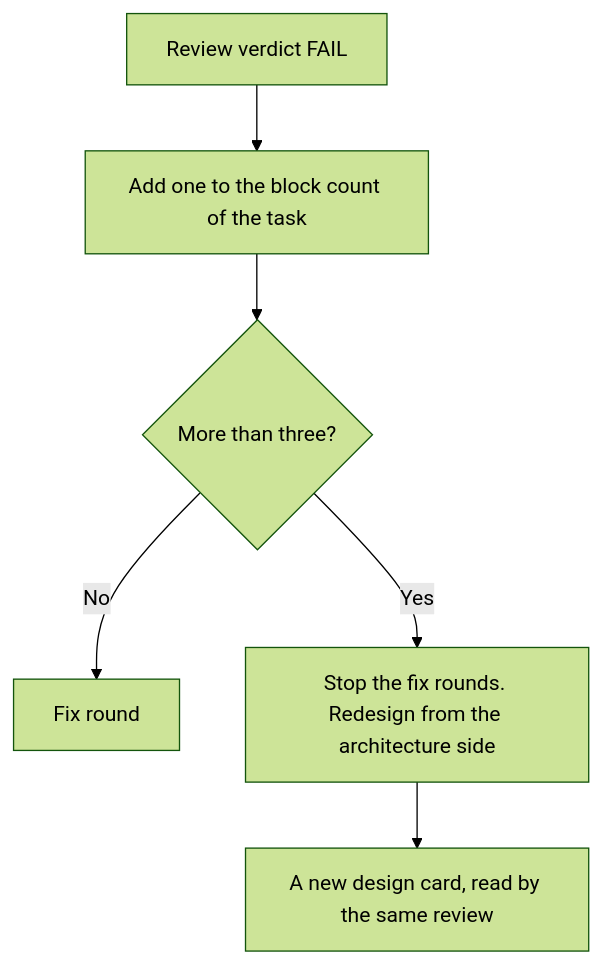
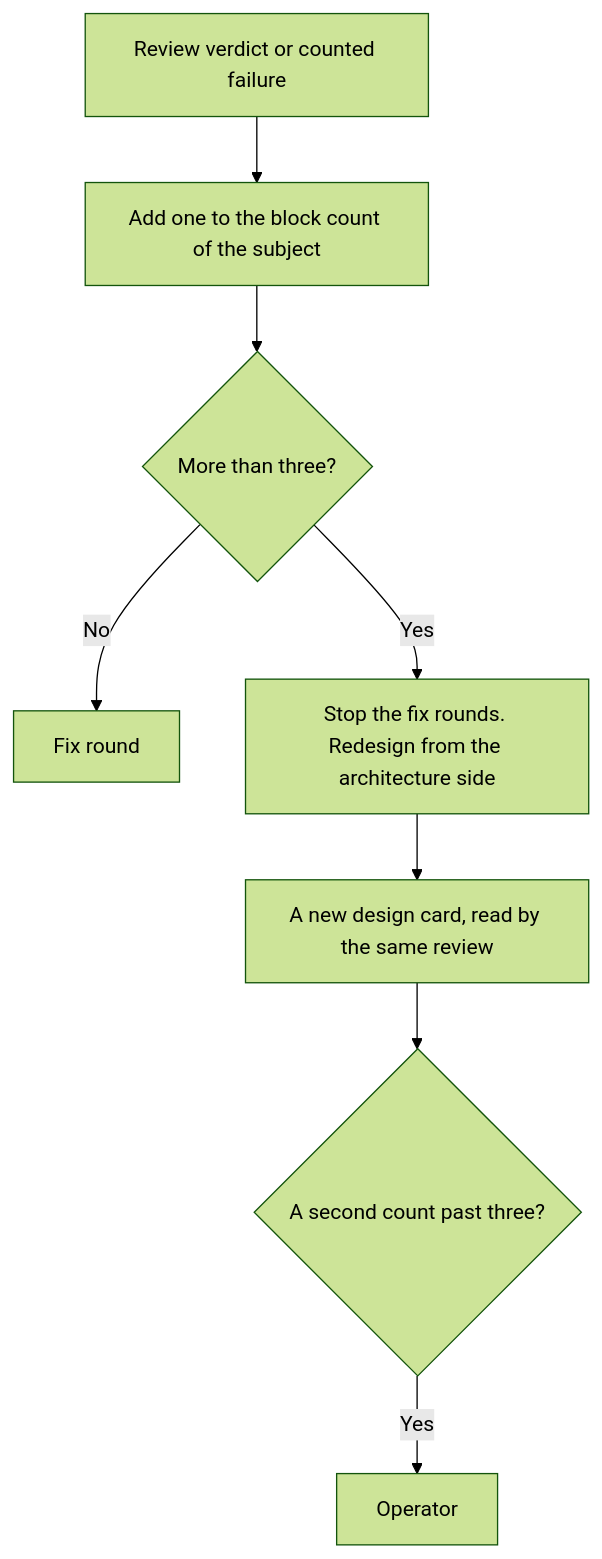
Before and after one commit to mickeyyaya/evolve-loop: the diagram in docs/architecture/signal-accuracy.md, drawn with Mermaid (forest theme). The commit also changed other lines of this file and 6 other files, not shown here.

````diff
--- a/docs/architecture/signal-accuracy.md
+++ b/docs/architecture/signal-accuracy.md
@@ -212,8 +212,10 @@
 ```mermaid
 flowchart TD
-    A[Review verdict FAIL] --> B[Add one to the block count of the task]
+    A[Review verdict or counted failure] --> B[Add one to the block count of the subject]
     B --> C{More than three?}
     C -->|No| D[Fix round]
     C -->|Yes| E[Stop the fix rounds. Redesign from the architecture side]
     E --> F[A new design card, read by the same review]
+    F --> G{A second count past three?}
+    G -->|Yes| H[Operator]
 ```
````
